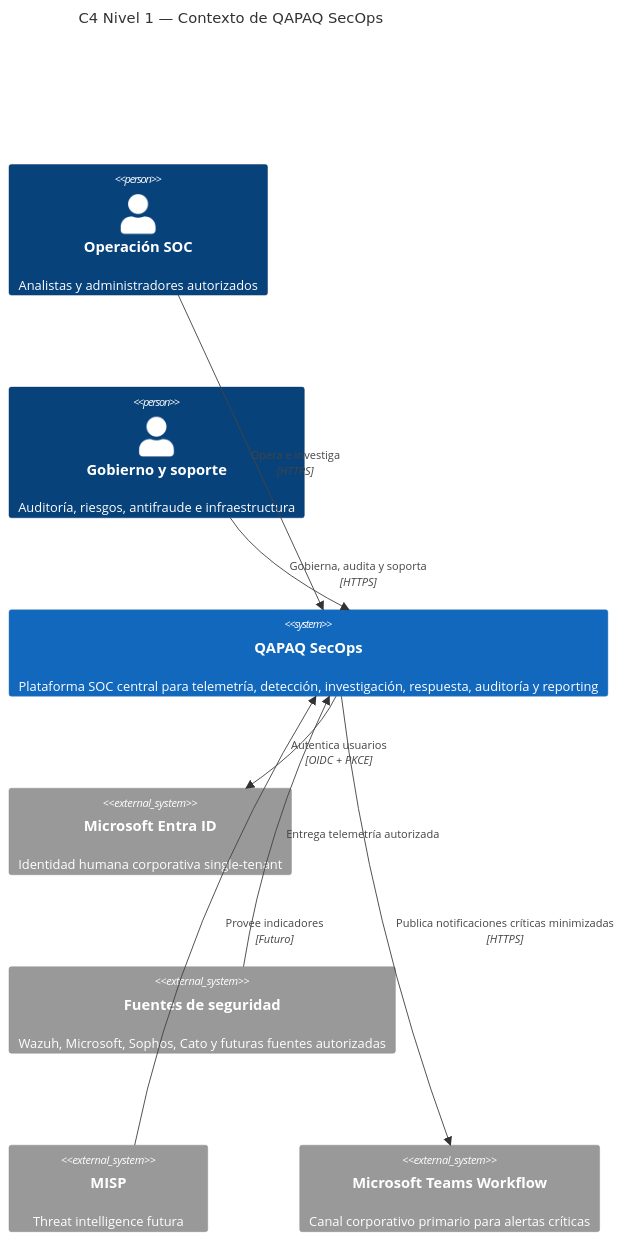
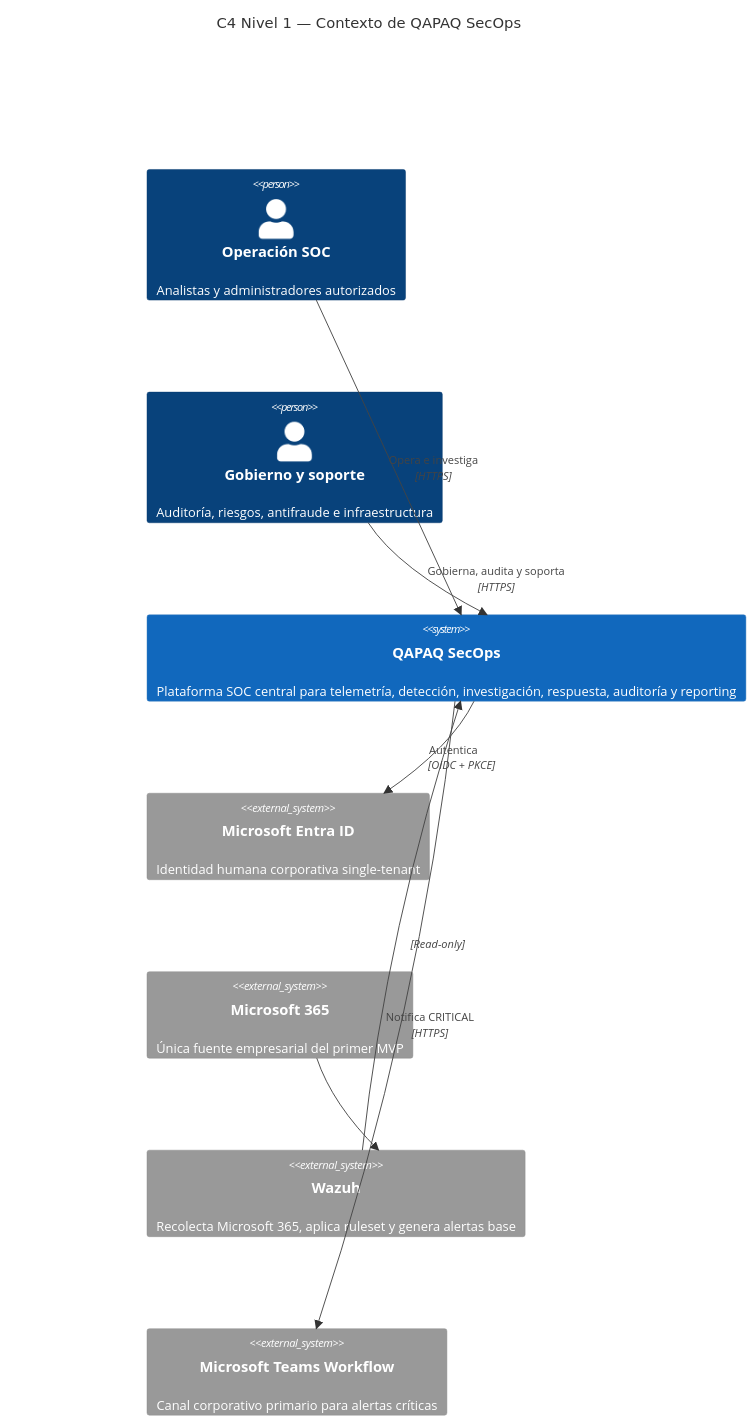
The diagram in docs/diagrams/01-system-context.mmd (CyberStill-GmbH/qapaq-secops), drawn with Mermaid before and after one commit. The commit also changed 22 other files, not shown here.

```diff
--- a/docs/diagrams/01-system-context.mmd
+++ b/docs/diagrams/01-system-context.mmd
@@ -1,19 +1,19 @@
 C4Context
     title C4 Nivel 1 — Contexto de QAPAQ SecOps
 
     Person(soc, "Operación SOC", "Analistas y administradores autorizados")
     Person(governance, "Gobierno y soporte", "Auditoría, riesgos, antifraude e infraestructura")
 
     System(qapaq, "QAPAQ SecOps", "Plataforma SOC central para telemetría, detección, investigación, respuesta, auditoría y reporting")
 
     System_Ext(entra, "Microsoft Entra ID", "Identidad humana corporativa single-tenant")
-    System_Ext(sources, "Fuentes de seguridad", "Wazuh, Microsoft, Sophos, Cato y futuras fuentes autorizadas")
-    System_Ext(misp, "MISP", "Threat intelligence futura")
+    System_Ext(m365, "Microsoft 365", "Única fuente empresarial del primer MVP")
+    System_Ext(wazuh, "Wazuh", "Recolecta Microsoft 365, aplica ruleset y genera alertas base")
     System_Ext(teams, "Microsoft Teams Workflow", "Canal corporativo primario para alertas críticas")
 
     Rel(soc, qapaq, "Opera e investiga", "HTTPS")
     Rel(governance, qapaq, "Gobierna, audita y soporta", "HTTPS")
-    Rel(qapaq, entra, "Autentica usuarios", "OIDC + PKCE")
-    Rel(sources, qapaq, "Entrega telemetría autorizada")
-    Rel(misp, qapaq, "Provee indicadores", "Futuro")
-    Rel_R(qapaq, teams, "Publica notificaciones críticas minimizadas", "HTTPS")
+    Rel(qapaq, entra, "Autentica", "OIDC + PKCE")
+    Rel(m365, wazuh, "")
+    Rel(wazuh, qapaq, "", "Read-only")
+    Rel_R(qapaq, teams, "Notifica CRITICAL", "HTTPS")
```
